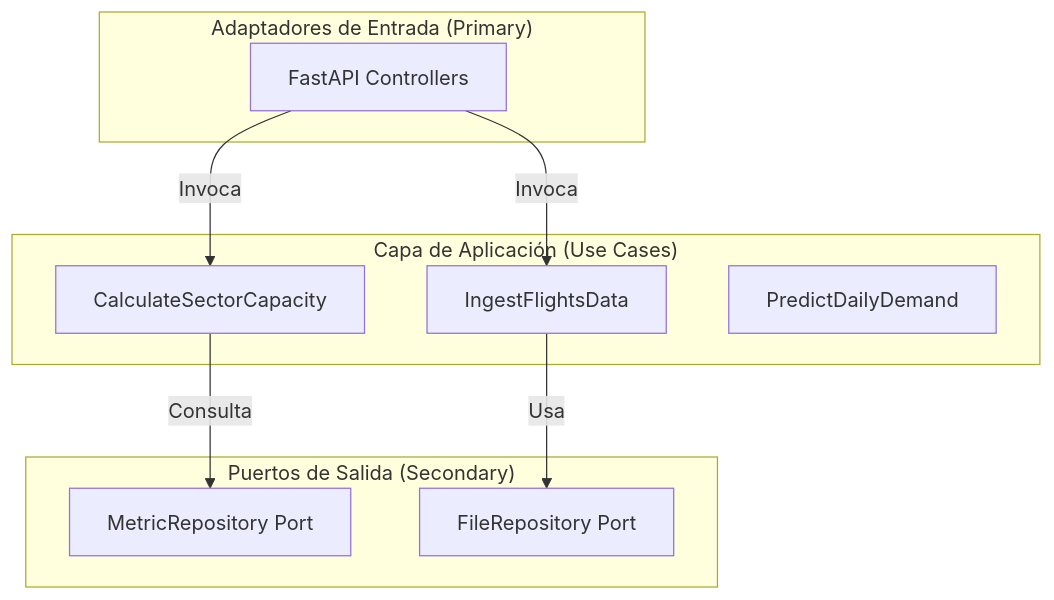
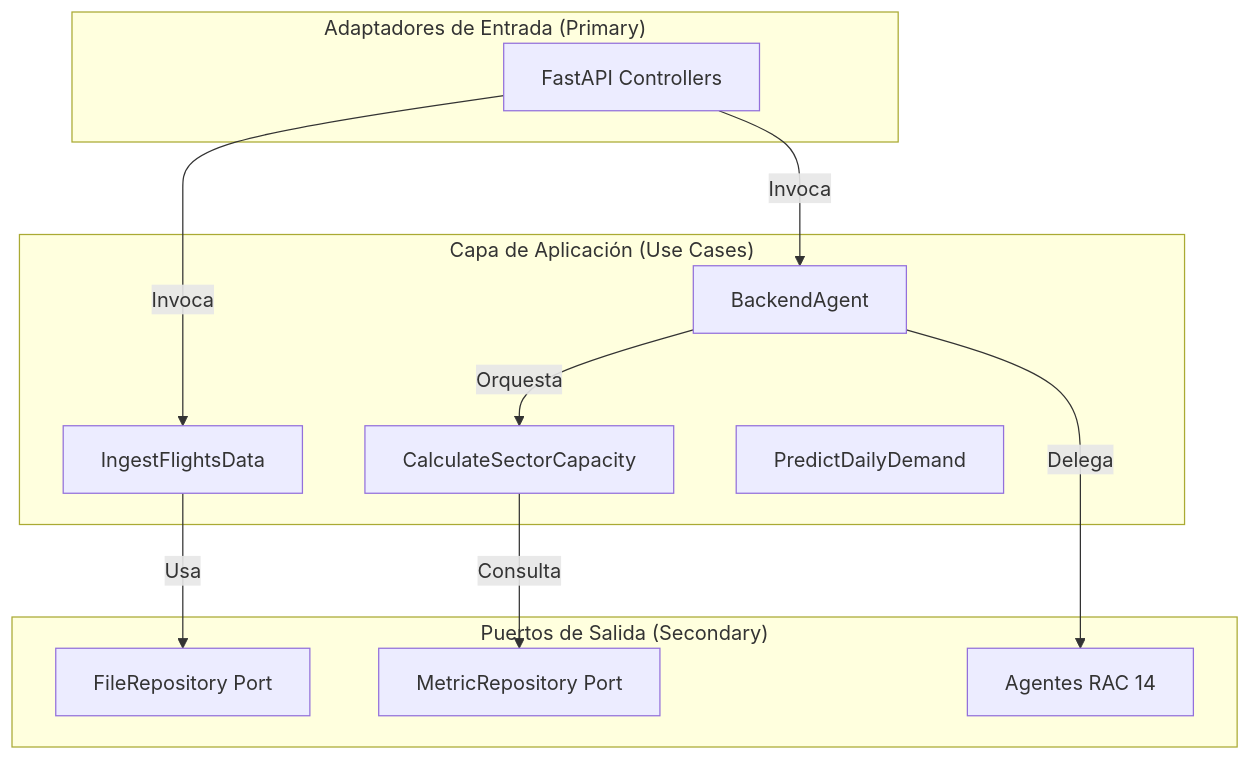
One commit to ivmafo/tsis_umb_data_science changed the first of 5 diagrams in docs/application.md. Above: the diagram before and after it, drawn with Mermaid. The commit also changed other lines of this file and 54 other files, not shown here.

````diff
--- a/docs/application.md
+++ b/docs/application.md
@@ -9,22 +9,26 @@
 ```mermaid
 graph TD
     subgraph "Adaptadores de Entrada (Primary)"
         API[FastAPI Controllers]
     end
 
     subgraph "Capa de Aplicación (Use Cases)"
         UC_INGEST[IngestFlightsData]
+        BA[BackendAgent]
         UC_CAP[CalculateSectorCapacity]
         UC_PRED[PredictDailyDemand]
     end
 
     subgraph "Puertos de Salida (Secondary)"
         P_REPO[MetricRepository Port]
         P_FILE[FileRepository Port]
+        AGENTS[Agentes RAC 14]
     end
 
     API -- Invoca --> UC_INGEST
-    API -- Invoca --> UC_CAP
+    API -- Invoca --> BA
+    BA -- Orquesta --> UC_CAP
+    BA -- Delega --> AGENTS
     UC_INGEST -- Usa --> P_FILE
     UC_CAP -- Consulta --> P_REPO
 ```
````
